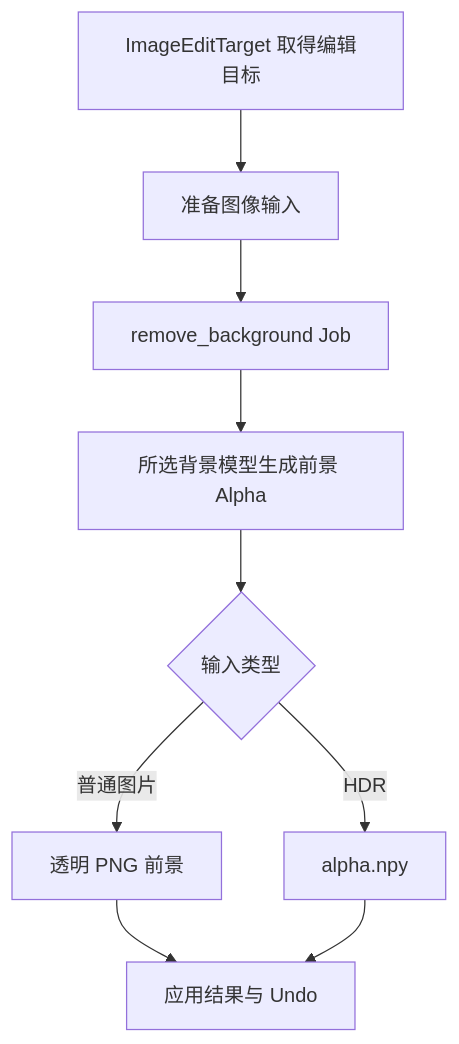
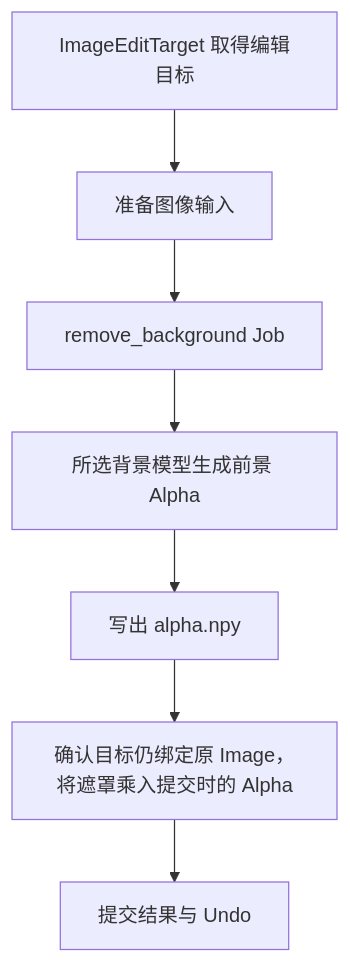
The diagram in docs/develop/operators/remove-background.md (OmooLab/AnyImage), drawn with Mermaid before and after one commit. The commit also changed other lines of this file and 145 other files, not shown here.

````diff
--- a/docs/develop/operators/remove-background.md
+++ b/docs/develop/operators/remove-background.md
@@ -5,11 +5,9 @@
 ```mermaid
 flowchart TD
     A[ImageEditTarget 取得编辑目标] --> B[准备图像输入]
     B --> C[remove_background Job]
     C --> D[所选背景模型生成前景 Alpha]
-    D --> E{输入类型}
-    E -- 普通图片 --> F[透明 PNG 前景]
-    E -- HDR --> G[alpha.npy]
-    F --> H[应用结果与 Undo]
-    G --> H
+    D --> E[写出 alpha.npy]
+    E --> F[确认目标仍绑定原 Image，将遮罩乘入提交时的 Alpha]
+    F --> H[提交结果与 Undo]
 ```
````
